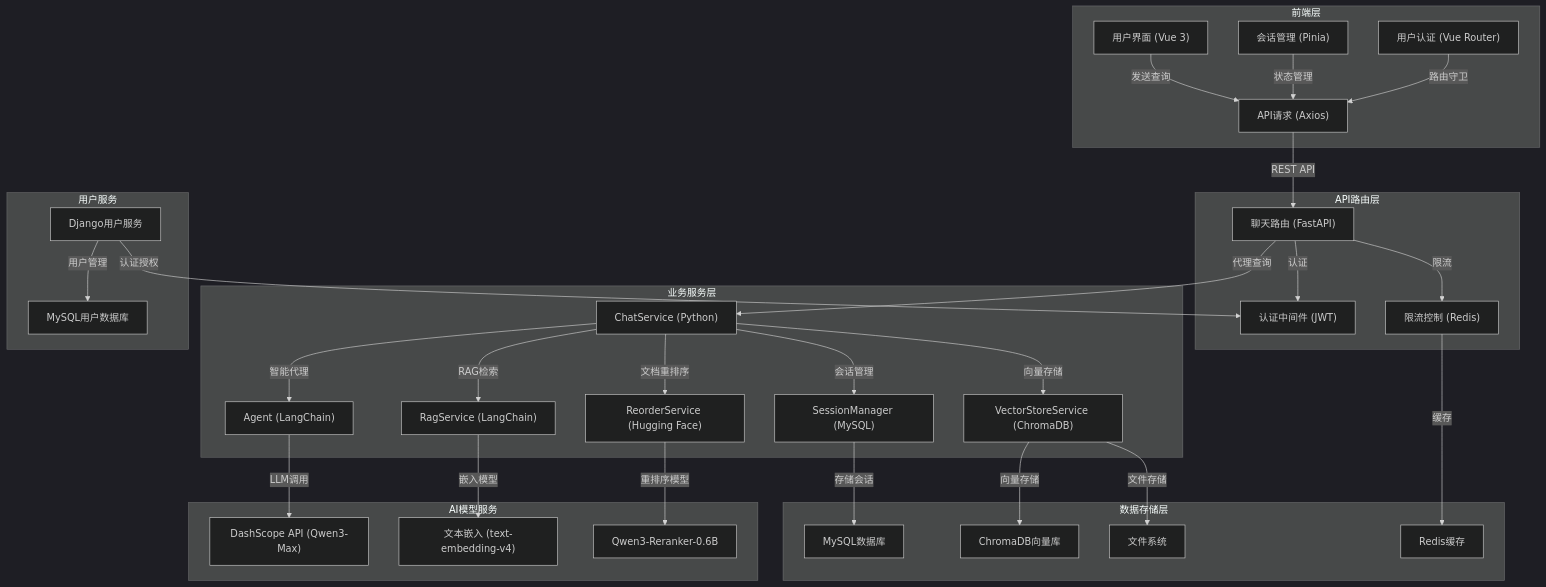
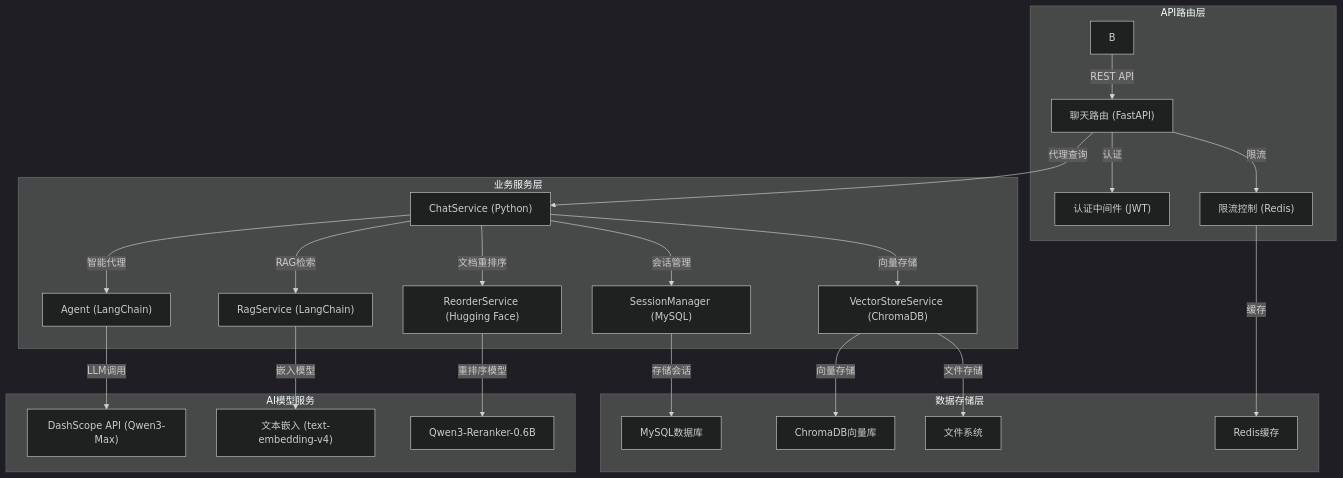
The diagram in README.md (chenjinyue1/CampusIQ-system), drawn with Mermaid (dark theme) before and after one commit. The commit also changed other lines of this file, not shown here.

````diff
--- a/README.md
+++ b/README.md
@@ -46,41 +44,32 @@
 ```mermaid
 flowchart TD
-    subgraph "前端层"
-        A["用户界面 (Vue 3)"] -->|发送查询| B["API请求 (Axios)"]
-        C["会话管理 (Pinia)"] -->|状态管理| B
-        D["用户认证 (Vue Router)"] -->|路由守卫| B
-    end
 
     subgraph "API路由层"
         B -->|REST API| E["聊天路由 (FastAPI)"]
         E -->|认证| F["认证中间件 (JWT)"]
         E -->|限流| G["限流控制 (Redis)"]
     end
 
     subgraph "业务服务层"
         E -->|代理查询| H["ChatService (Python)"]
         H -->|会话管理| I["SessionManager (MySQL)"]
         H -->|RAG检索| J["RagService (LangChain)"]
         H -->|向量存储| K["VectorStoreService (ChromaDB)"]
         H -->|智能代理| L["Agent (LangChain)"]
         H -->|文档重排序| M["ReorderService (Hugging Face)"]
     end
 
     subgraph "数据存储层"
         I -->|存储会话| N["MySQL数据库"]
         K -->|向量存储| O["ChromaDB向量库"]
         K -->|文件存储| P["文件系统"]
         G -->|缓存| Q["Redis缓存"]
     end
 
     subgraph "AI模型服务"
         L -->|LLM调用| R["DashScope API (Qwen3-Max)"]
         J -->|嵌入模型| S["文本嵌入 (text-embedding-v4)"]
         M -->|重排序模型| T["Qwen3-Reranker-0.6B"]
     end
 
-    subgraph "用户服务"
-        U["Django用户服务"] -->|认证授权| F
-        U -->|用户管理| V["MySQL用户数据库"]
-    end
 ```
````
